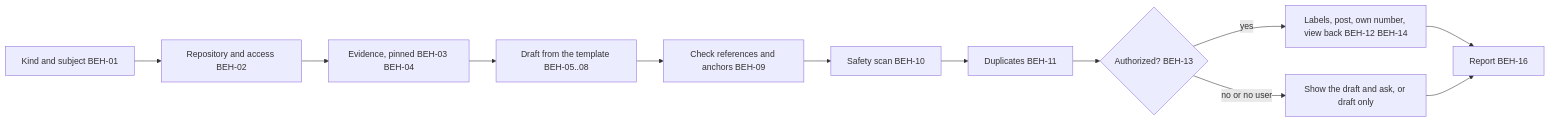
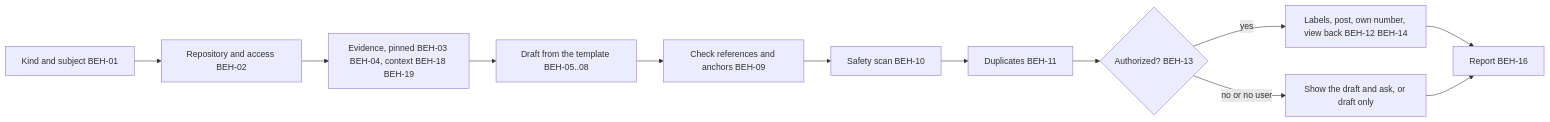
The diagram in docs/specs/spec/SPEC-010.md (bankielewicz/DevForgeAI), drawn with Mermaid before and after one commit. The commit also changed other lines of this file and 5 other files, not shown here.

````diff
--- a/docs/specs/spec/SPEC-010.md
+++ b/docs/specs/spec/SPEC-010.md
@@ -89,14 +95,14 @@
 ```mermaid
 flowchart LR
     K[Kind and subject BEH-01] --> R[Repository and access BEH-02]
-    R --> E[Evidence, pinned BEH-03 BEH-04]
+    R --> E[Evidence, pinned BEH-03 BEH-04, context BEH-18 BEH-19]
     E --> D[Draft from the template BEH-05..08]
     D --> C[Check references and anchors BEH-09]
     C --> S[Safety scan BEH-10]
     S --> U[Duplicates BEH-11]
     U --> A{Authorized? BEH-13}
     A -->|no or no user| Q[Show the draft and ask, or draft only]
     A -->|yes| P[Labels, post, own number, view back BEH-12 BEH-14]
     P --> O[Report BEH-16]
     Q --> O
 ```
````
